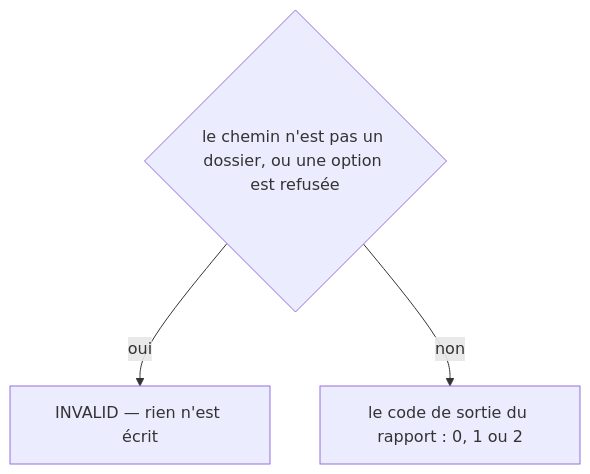
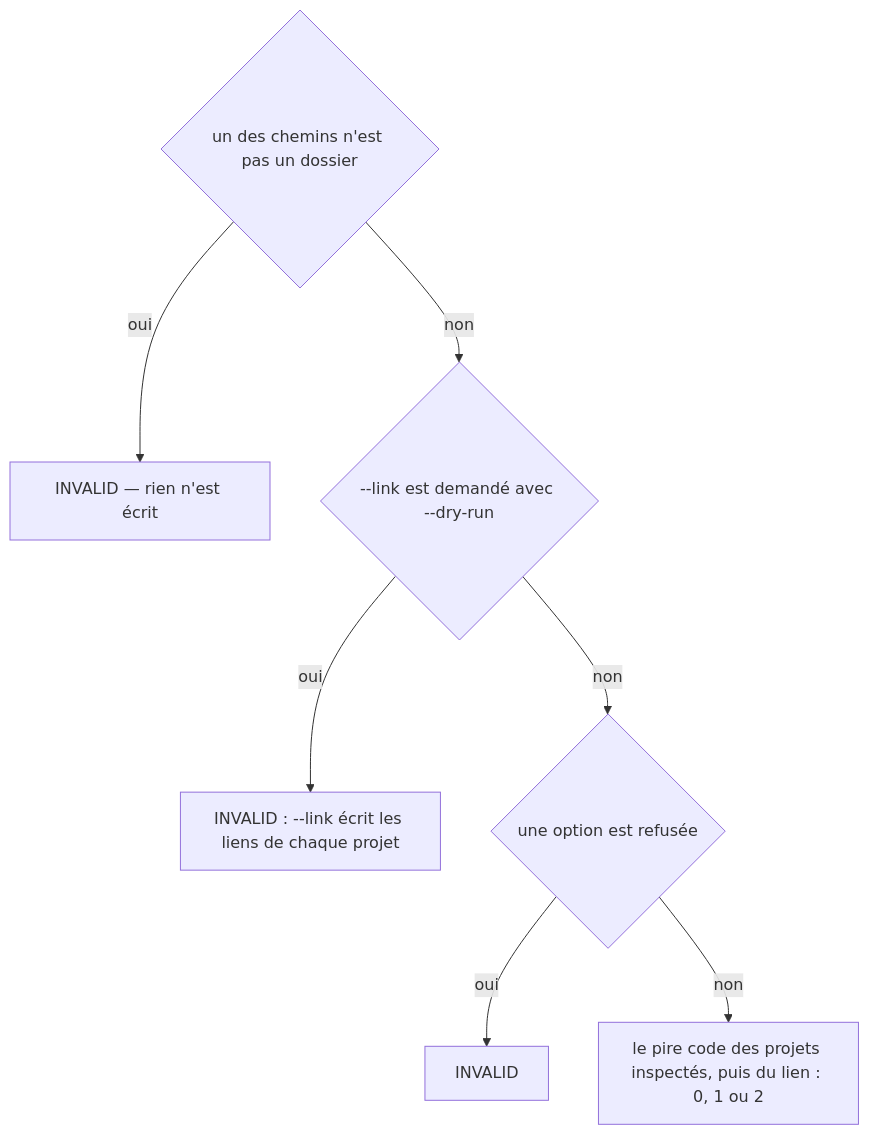
One commit to jul6art/devtools changed the second of 9 diagrams in docs/workflows/commands/workflows.inspect.md. Above: the diagram before and after it, drawn with Mermaid. The commit also changed other lines of this file and 93 other files, not shown here.

````diff
--- a/docs/workflows/commands/workflows.inspect.md
+++ b/docs/workflows/commands/workflows.inspect.md
@@ -42,6 +42,10 @@
 ```mermaid
 flowchart TD
-  d1{"le chemin n'est pas un dossier, ou une option est refusée"}
+  d1{"un des chemins n'est pas un dossier"}
   d1 -->|oui| v1["INVALID — rien n'est écrit"]
-  d1 -->|non| v2["le code de sortie du rapport : 0, 1 ou 2"]
+  d1 -->|non| d2{"--link est demandé avec --dry-run"}
+  d2 -->|oui| v2["INVALID : --link écrit les liens de chaque projet"]
+  d2 -->|non| d3{"une option est refusée"}
+  d3 -->|oui| v3["INVALID"]
+  d3 -->|non| v4["le pire code des projets inspectés, puis du lien : 0, 1 ou 2"]
 ```
````
